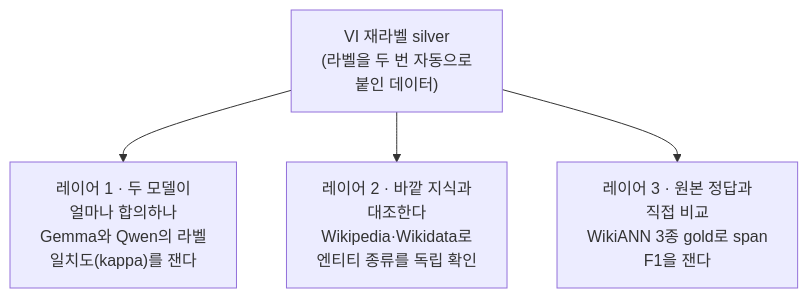
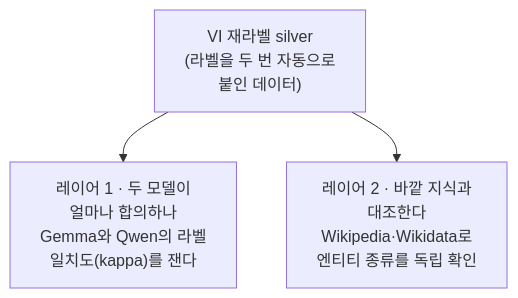
The first of 4 diagrams in docs/manual/pipeline/3-verification.md (groovallstar/ner-pipeline-public), drawn with Mermaid before and after one commit. The commit also changed other lines of this file and 11 other files, not shown here.

````diff
--- a/docs/manual/pipeline/3-verification.md
+++ b/docs/manual/pipeline/3-verification.md
@@ -33,7 +32,6 @@
 ```mermaid
 flowchart TD
     S["VI 재라벨 silver<br/>(라벨을 두 번 자동으로<br/>붙인 데이터)"]
     S --> L1["레이어 1 · 두 모델이<br/>얼마나 합의하나<br/>Gemma와 Qwen의 라벨<br/>일치도(kappa)를 잰다"]
     S --> L2["레이어 2 · 바깥 지식과<br/>대조한다<br/>Wikipedia·Wikidata로<br/>엔티티 종류를 독립 확인"]
-    S --> L3["레이어 3 · 원본 정답과<br/>직접 비교<br/>WikiANN 3종 gold로 span<br/>F1을 잰다"]
 ```
````
